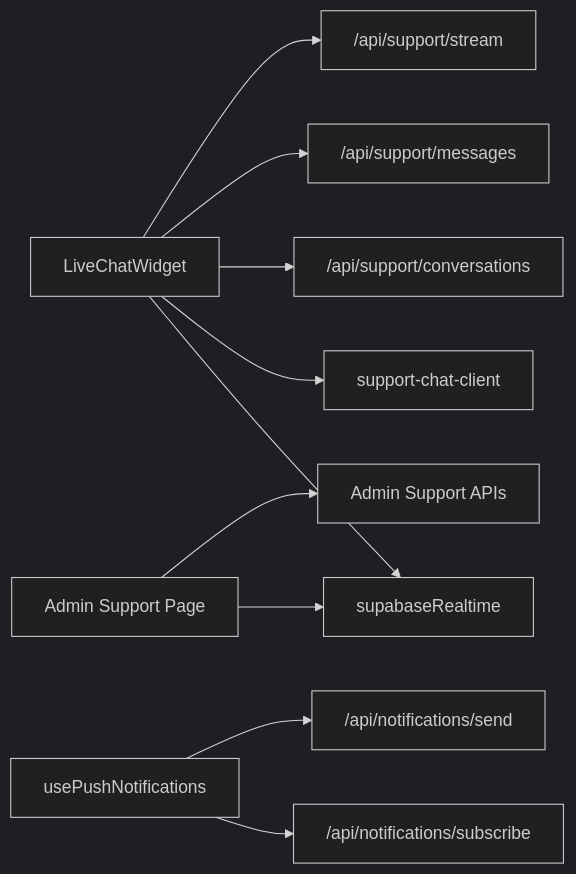
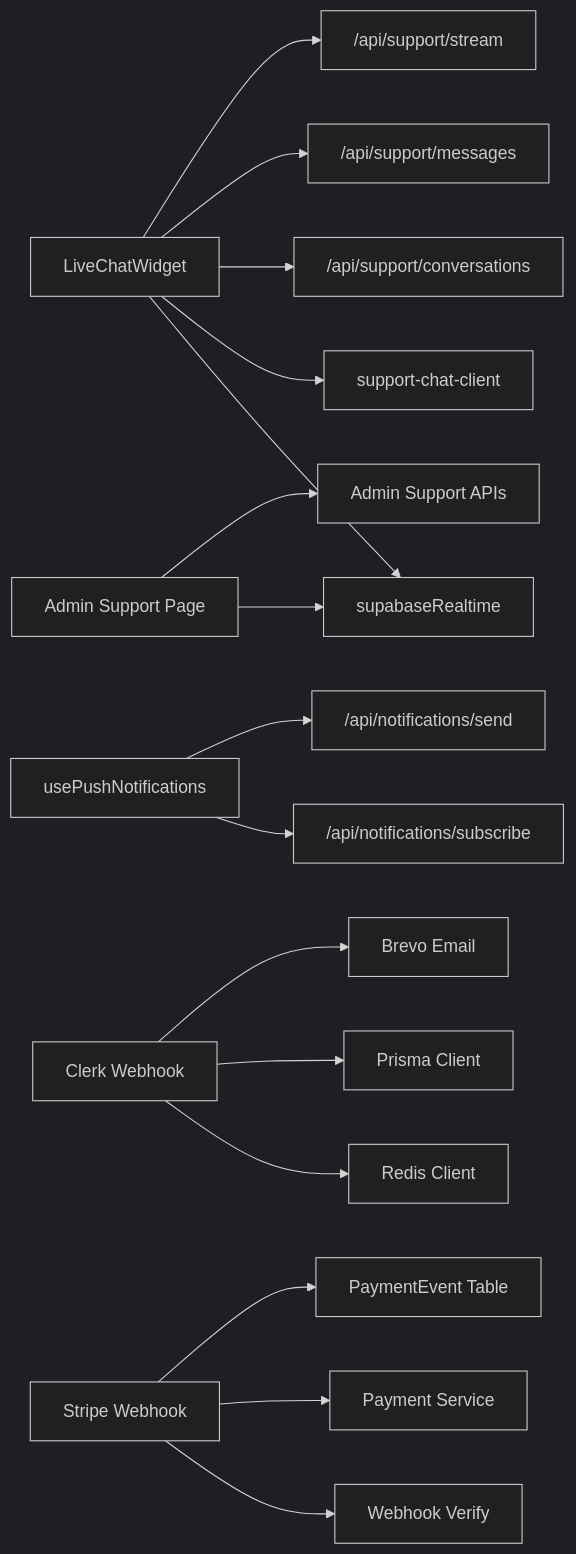
The tenth of 10 diagrams in .qoder/repowiki/en/content/Core Features/Real-time Features.md (ecryptoguru/lyraalpha), drawn with Mermaid (dark theme) before and after one commit. The commit also changed other lines of this file and 95 other files, not shown here.

````diff
--- a/.qoder/repowiki/en/content/Core Features/Real-time Features.md
+++ b/.qoder/repowiki/en/content/Core Features/Real-time Features.md
@@ -318,12 +467,18 @@
 ```mermaid
 graph LR
 LCW["LiveChatWidget"] --> SR["supabaseRealtime"]
 LCW --> SCC["support-chat-client"]
 LCW --> APIConv["/api/support/conversations"]
 LCW --> APIMsg["/api/support/messages"]
 LCW --> APIStream["/api/support/stream"]
 Admin["Admin Support Page"] --> SR
 Admin --> APIAdmin["Admin Support APIs"]
 PNH["usePushNotifications"] --> APISub["/api/notifications/subscribe"]
 PNH --> APISend["/api/notifications/send"]
+ClerkWH["Clerk Webhook"] --> Redis["Redis Client"]
+ClerkWH --> Prisma["Prisma Client"]
+ClerkWH --> Brevo["Brevo Email"]
+StripeWH["Stripe Webhook"] --> Verify["Webhook Verify"]
+StripeWH --> PayService["Payment Service"]
+StripeWH --> PayEvent["PaymentEvent Table"]
 ```
````
